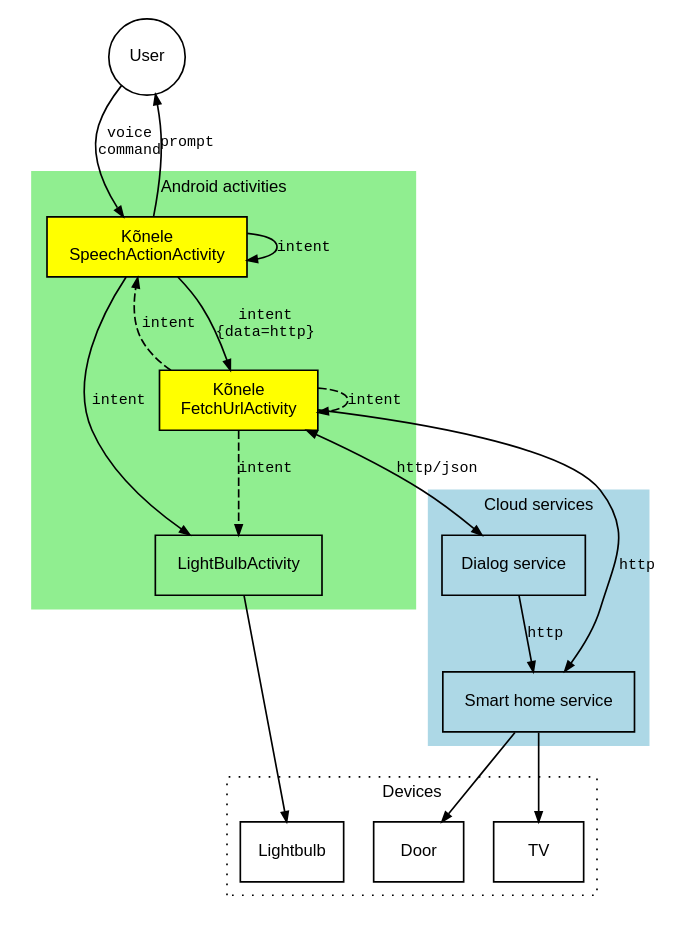
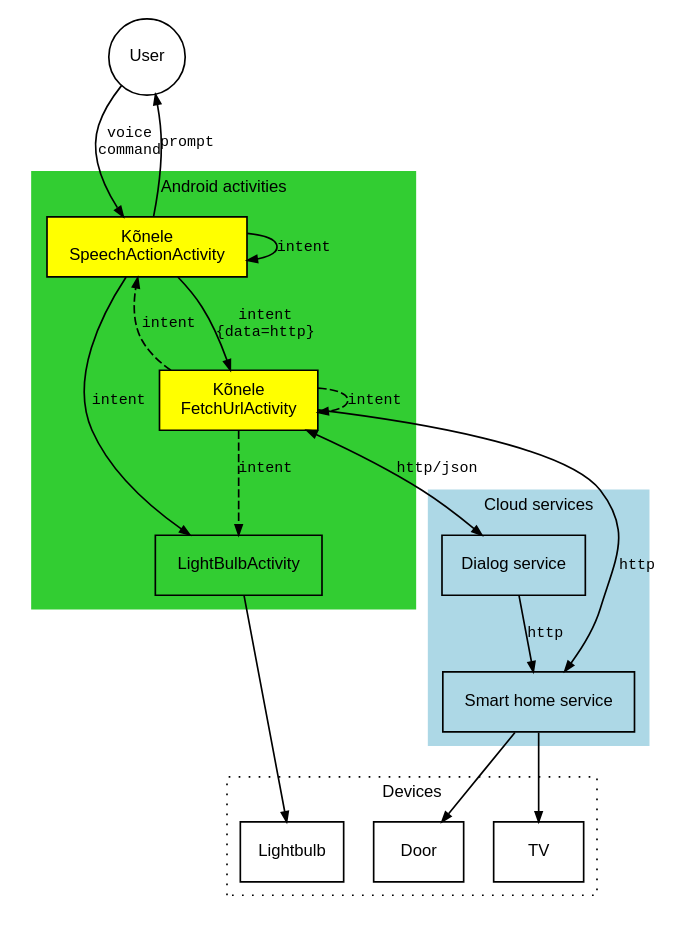
Before and after one commit to Kaljurand/K6nele: the diagram in docs/intents.dot, drawn with Graphviz. The commit also changed 9 other files, not shown here.

```diff
--- a/docs/intents.dot
+++ b/docs/intents.dot
@@ -1,62 +1,62 @@
 /**
  * Communicating with devices via Kõnele.
  * @author Kaarel Kaljurand
  * @version 2016-11-19
  */
 
 digraph G {
 
     graph [style="dotted", fontsize=10 fontname="Helvetica"];
     node [shape="box", fontsize=10 fontname="Helvetica"];
     edge [arrowhead="normal", arrowsize="0.6", fontsize=9, fontname="monospace"];
 
     user [label="User", shape="circle"];
     k6nele [label="Kõnele\nSpeechActionActivity", tooltip="Maps natural language audio to an Android intent using an external recognition service, possibly followed by its own rewrite rules, and then launches the intent.", style="filled", fillcolor="yellow"];
 
     subgraph cluster_0 {
         //rankdir="RL";
         label = "Cloud services";
         style = "filled";
         color = "lightblue";
         //service_other [label="..."];
         service_dialog [label="Dialog service", tooltip="Maps a natural language string (in the incoming HTTP query) to some action (performed e.g. via other services). Responds with an Android intent (encoded in JSON)."];
         service_smart_home [label="Smart home service", tooltip="Maps REST queries to commands to actual devices."];
     }
 
     subgraph cluster_1 {
         label = "Devices";
         device_lightbulb [label="Lightbulb"];
         device_door [label="Door"];
         device_tv [label="TV"];
         //device_other [label="..."];
     }
 
     subgraph cluster_3 {
         label = "Android activities";
         style = "filled";
-        color = "lightgreen";
+        color = "limegreen";
         k6nele;
         fetch_intent [label="Kõnele\nFetchUrlActivity", tooltip="Fetches JSON from a URL, interprets it as an Android intent and launches it.", style="filled", fillcolor="yellow"];
         app_lightbulb [label="LightBulbActivity", tooltip="Maps Android intent to an action on a concrete device."];
     }
 
     user -> k6nele [label="voice\ncommand"];
     k6nele -> user [label="prompt"];
     k6nele -> fetch_intent [label="intent\n{data=http}"];
     k6nele -> app_lightbulb [label="intent"];
     k6nele -> k6nele [label="intent"];
     fetch_intent -> service_smart_home [label="http"];
     fetch_intent -> app_lightbulb [label="intent", style="dashed"];
     fetch_intent -> k6nele [label="intent", style="dashed"];
     fetch_intent -> fetch_intent [label="intent", style="dashed"];
 
     service_dialog -> service_smart_home [label="http"];
     //service_dialog -> service_other [label="http"];
 
     service_smart_home -> device_tv;
     service_smart_home -> device_door;
     app_lightbulb -> device_lightbulb;
 
     fetch_intent -> service_dialog [label="http/json", dir="both"];
     //service_dialog -> fetch_intent [label="json"];
 }
```
